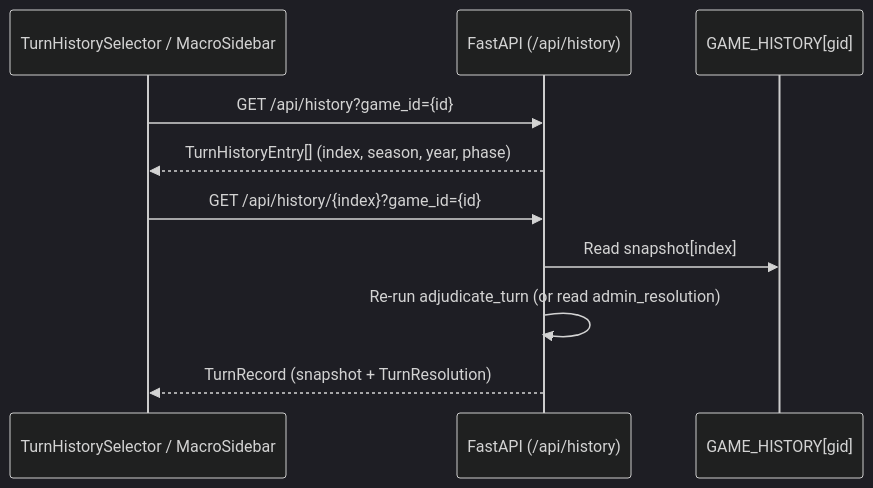
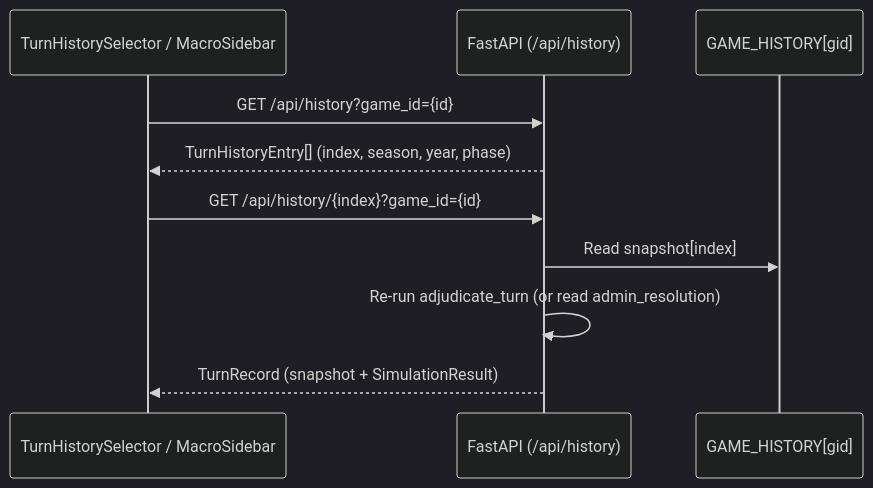
The diagram in docs/features/game-over-and-history.md (mjyousif/sloplomacy), drawn with Mermaid (dark theme) before and after one commit. The commit also changed other lines of this file and 12 other files, not shown here.

````diff
--- a/docs/features/game-over-and-history.md
+++ b/docs/features/game-over-and-history.md
@@ -29,13 +29,13 @@
 ```mermaid
 sequenceDiagram
     participant UI as TurnHistorySelector / MacroSidebar
     participant API as FastAPI (/api/history)
     participant Hist as GAME_HISTORY[gid]
 
     UI->>API: GET /api/history?game_id={id}
     API-->>UI: TurnHistoryEntry[] (index, season, year, phase)
     UI->>API: GET /api/history/{index}?game_id={id}
     API->>Hist: Read snapshot[index]
     API->>API: Re-run adjudicate_turn (or read admin_resolution)
-    API-->>UI: TurnRecord (snapshot + TurnResolution)
+    API-->>UI: TurnRecord (snapshot + SimulationResult)
 ```
````
